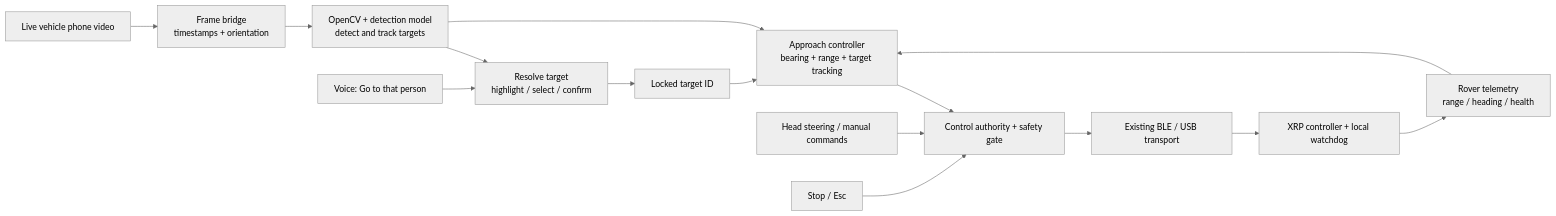
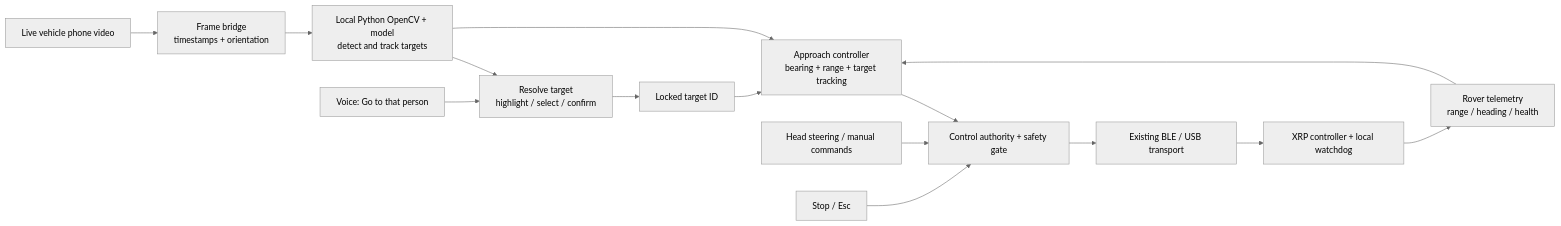
Before and after one commit to VHarshB/lookout-rover: the second of 2 diagrams in README.md, drawn with Mermaid (neutral theme). The commit also changed other lines of this file and 20 other files, not shown here.

Commit message:
Add opt-in local OpenCV and Bedrock-assisted rover control

```diff
--- a/README.md
+++ b/README.md
@@ -85,17 +87,17 @@
 ~~~mermaid
 flowchart LR
     Video["Live vehicle phone video"] --> Frames["Frame bridge<br/>timestamps + orientation"]
-    Frames --> Vision["OpenCV + detection model<br/>detect and track targets"]
+    Frames --> Vision["Local Python OpenCV + model<br/>detect and track targets"]
     Voice["Voice: Go to that person"] --> Resolve["Resolve target<br/>highlight / select / confirm"]
     Vision --> Resolve
     Resolve --> Goal["Locked target ID"]
     Goal --> Navigate["Approach controller<br/>bearing + range + target tracking"]
     Vision --> Navigate
     Feedback["Rover telemetry<br/>range / heading / health"] --> Navigate
     Navigate --> Gate["Control authority + safety gate"]
     Manual["Head steering / manual commands"] --> Gate
     Stop["Stop / Esc"] --> Gate
     Gate --> Transport["Existing BLE / USB transport"]
     Transport --> XRP["XRP controller + local watchdog"]
     XRP --> Feedback
 ~~~
```
